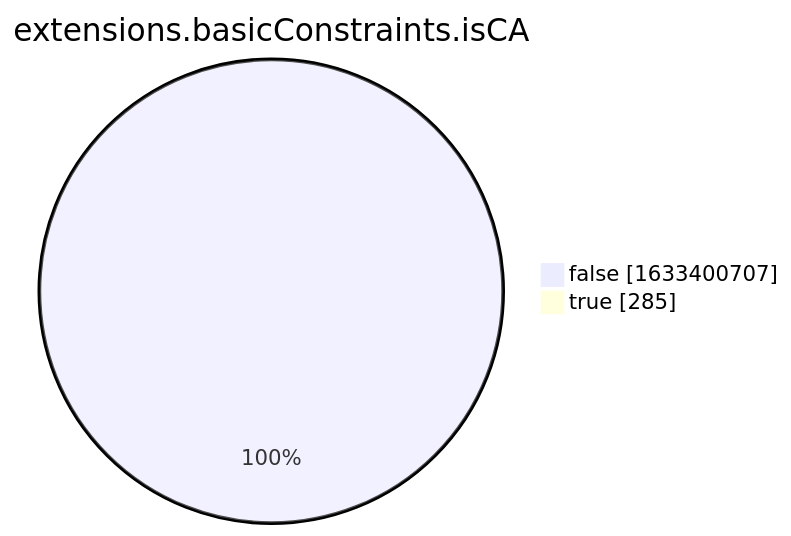
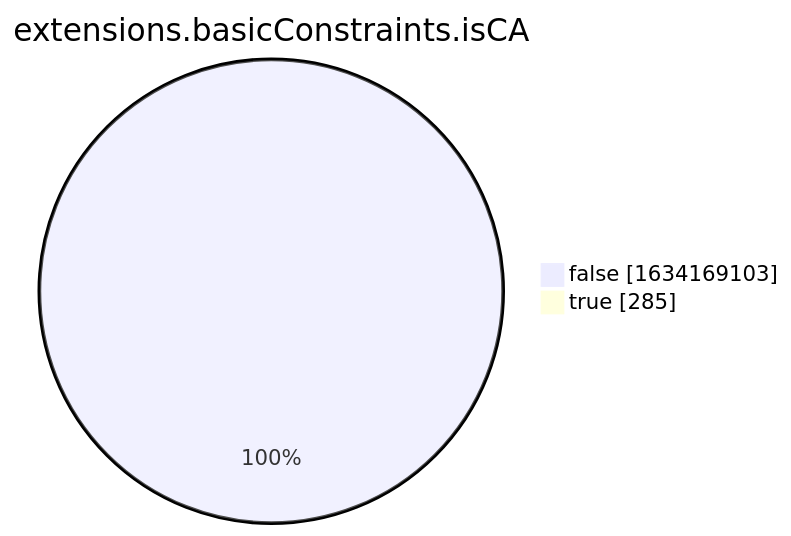
Before and after one commit to christiankrug/ctmonitor_visualization: the eighth of 15 diagrams in xenon2022/README.md, drawn with Mermaid. The commit also changed other lines of this file, not shown here.

````diff
--- a/xenon2022/README.md
+++ b/xenon2022/README.md
@@ -2863,6 +2863,6 @@
 ```mermaid
 pie showData
 title extensions.basicConstraints.isCA
-"false" :1633400707
+"false" :1634169103
 "true" :285
 ```
````
